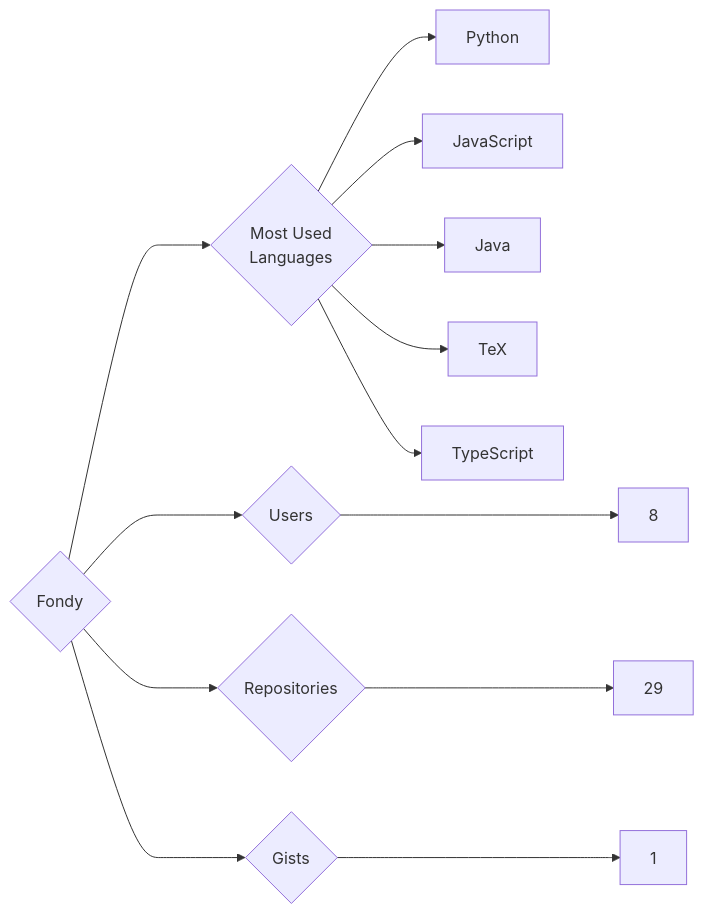
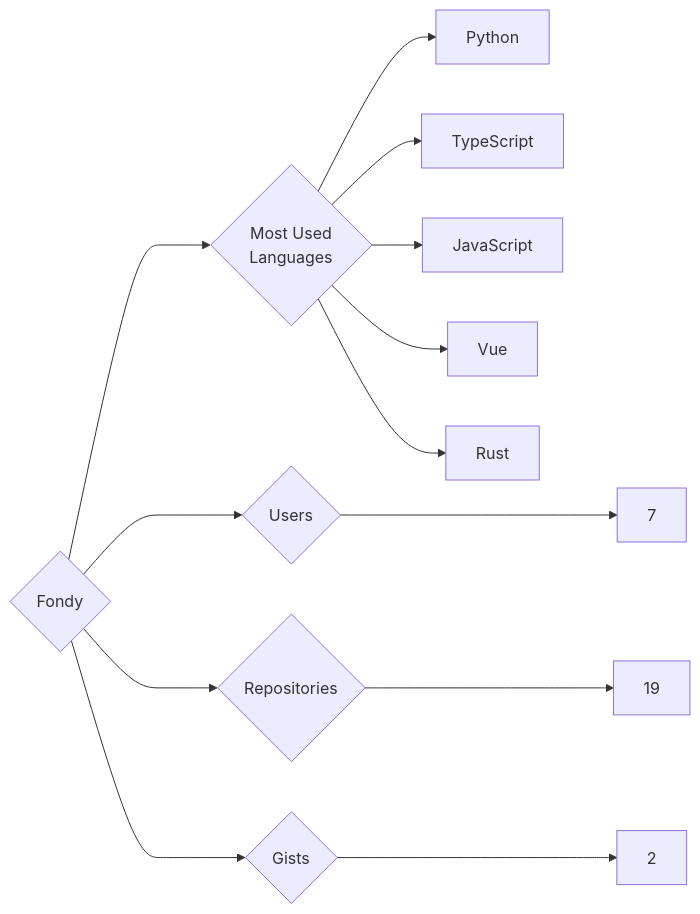
The diagram in targets/Fondy/README.md (trickest/insiders), drawn with Mermaid before and after one commit. The commit also changed 860 other files, not shown here.

````diff
--- a/targets/Fondy/README.md
+++ b/targets/Fondy/README.md
@@ -3,13 +3,13 @@
 ```mermaid
 graph LR
 COMPANY_NAME{Fondy}
-COMPANY_NAME ---> U{Users} ---> UN[8]
-COMPANY_NAME ---> R{Repositories} ---> RN[29]
-COMPANY_NAME ---> G{Gists} ---> GN[1]
+COMPANY_NAME ---> U{Users} ---> UN[7]
+COMPANY_NAME ---> R{Repositories} ---> RN[19]
+COMPANY_NAME ---> G{Gists} ---> GN[2]
 COMPANY_NAME ---> ML{Most Used<br>Languages}
 ML --> Python[Python]
+ML --> TypeScript[TypeScript]
 ML --> JavaScript[JavaScript]
-ML --> Java[Java]
-ML --> TeX[TeX]
-ML --> TypeScript[TypeScript]
+ML --> Vue[Vue]
+ML --> Rust[Rust]
 ```
````
